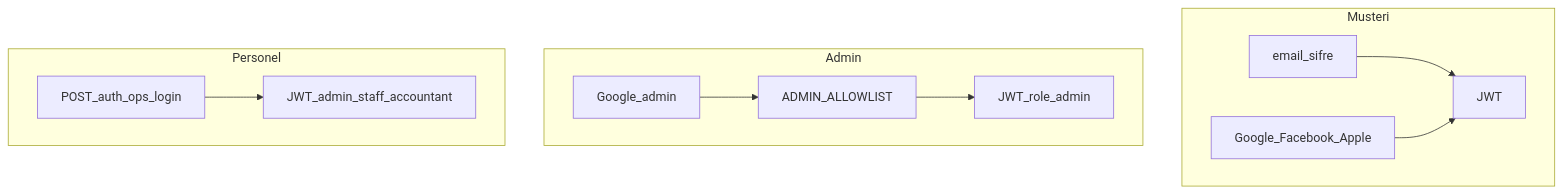
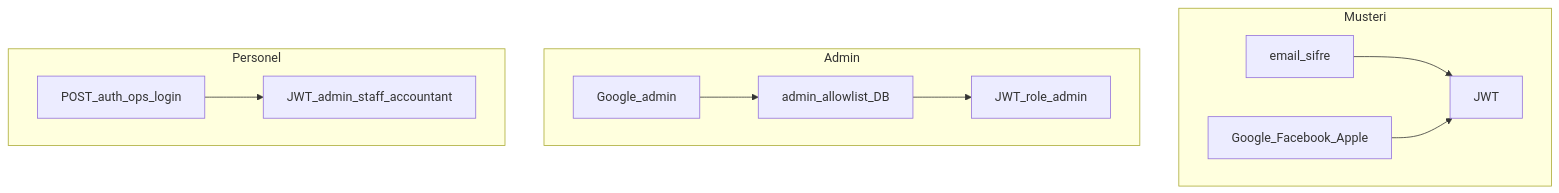
The diagram in documents/auth.md (adorratm/kiliccofferoaster), drawn with Mermaid before and after one commit. The commit also changed other lines of this file and 85 other files, not shown here.

````diff
--- a/documents/auth.md
+++ b/documents/auth.md
@@ -5,14 +5,14 @@
 ```mermaid
 flowchart TD
   subgraph musteri [Musteri]
     email[email_sifre] --> jwt[JWT]
     google[Google_Facebook_Apple] --> jwt
   end
   subgraph adminPanel [Admin]
-    gAdmin[Google_admin] --> allow[ADMIN_ALLOWLIST]
+    gAdmin[Google_admin] --> allow[admin_allowlist_DB]
     allow --> jwtAdmin[JWT_role_admin]
   end
   subgraph personel [Personel]
     ops[POST_auth_ops_login] --> jwtOps[JWT_admin_staff_accountant]
   end
 ```
````
